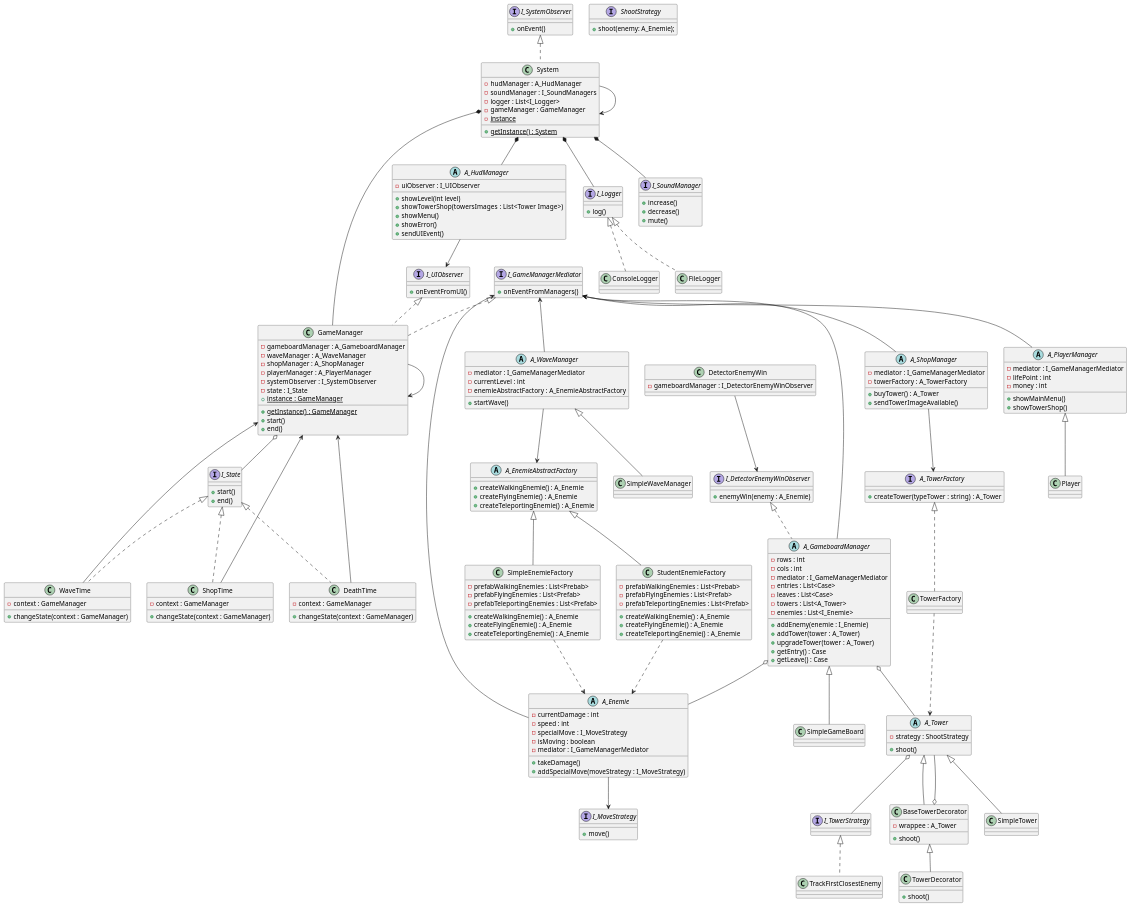
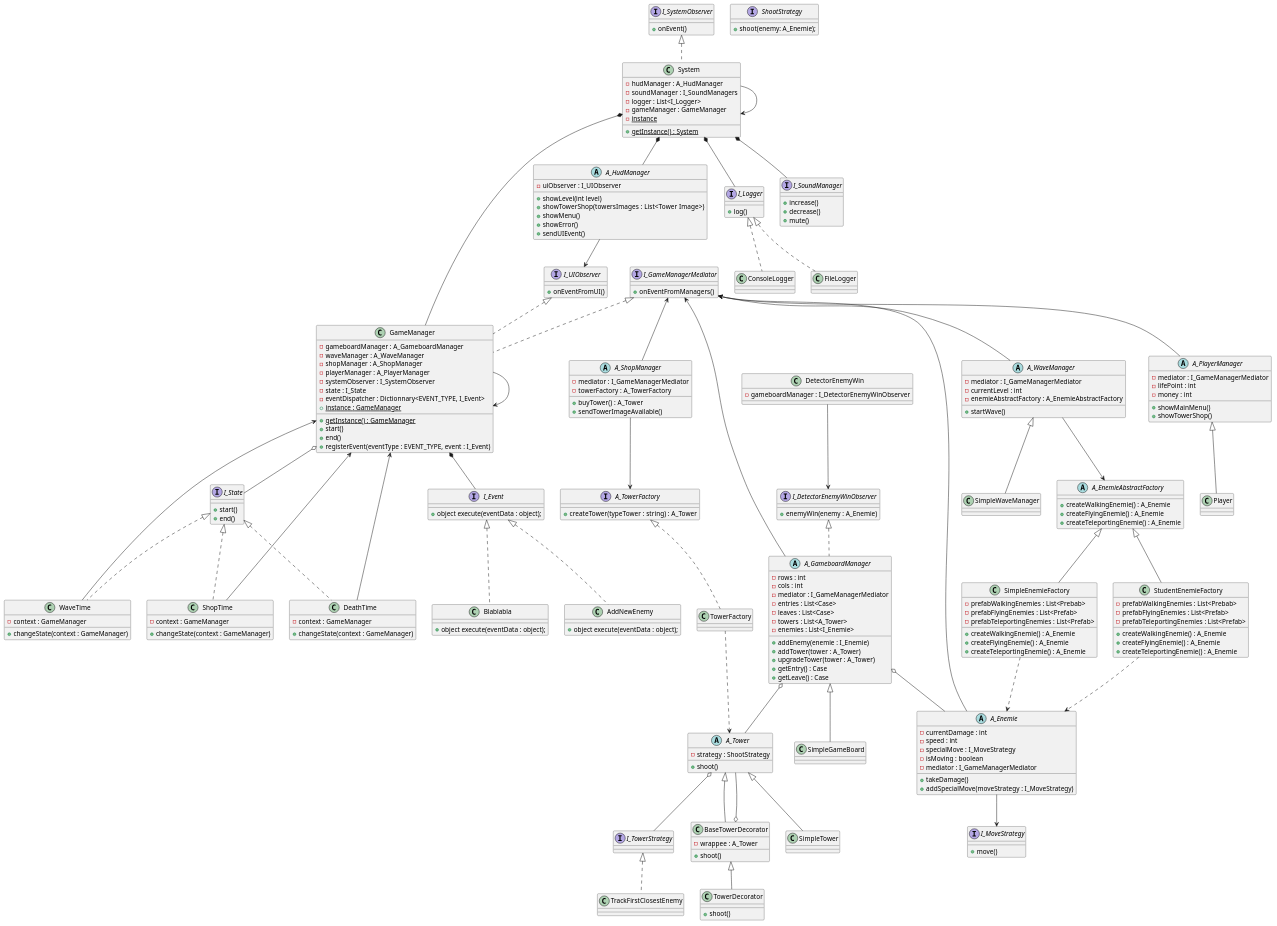
One commit to bobylatruffe/tower_defense changed the diagram in uml.plantuml. Above: the diagram before and after it, drawn with PlantUML. The commit also changed 49 other files, not shown here.

```diff
--- a/uml.plantuml
+++ b/uml.plantuml
@@ -11,11 +11,79 @@
     - playerManager : A_PlayerManager
     - systemObserver : I_SystemObserver
     - state : I_State
+    - eventDispatcher : Dictionnary<EVENT_TYPE, I_Event>
     + {static} instance : GameManager
     + {static} getInstance() : GameManager
     + start()
     + end()
+    + registerEvent(eventType : EVENT_TYPE, event : I_Event)
 }
+
+interface I_Event {
+    + object execute(eventData : object);
+}
+
+class AddNewEnemy implements I_Event {
+    + object execute(eventData : object);
+}
+
+class Blablabla implements I_Event {
+    + object execute(eventData : object);
+}
+
+' class GetExitPoint implements I_Event {
+'     + object execute(eventData : object);
+' }
+
+' class GetEntryPoint implements I_Event {
+'     + object execute(eventData : object);
+' }
+
+' class ShowMainMenu implements I_Event {
+'     + object execute(eventData : object);
+' }
+
+' class RemoveLifePoint implements I_Event {
+'     + object execute(eventData : object);
+' }
+
+' class UpdateLifePoint implements I_Event {
+'     + object execute(eventData : object);
+' }
+
+' class UpdateMoney implements I_Event {
+'     + object execute(eventData : object);
+' }
+
+' class ShowTowerShop implements I_Event {
+'     + object execute(eventData : object);
+' }
+
+' class NoMoney implements I_Event {
+'     + object execute(eventData : object);
+' }
+
+' class AddMoney implements I_Event {
+'     + object execute(eventData : object);
+' }
+
+' class UpdateLevelHud implements I_Event {
+'     + object execute(eventData : object);
+' }
+
+' class UpdateTimerBeforeWave implements I_Event {
+'     + object execute(eventData : object);
+' }
+
+' class HideTimerBeforeWave implements I_Event {
+'     + object execute(eventData : object);
+' }
+
+' class PlayerDeath implements I_Event {
+'     + object execute(eventData : object);
+' }
+
+GameManager *-- I_Event
 
 interface I_State {
     + start()
```
